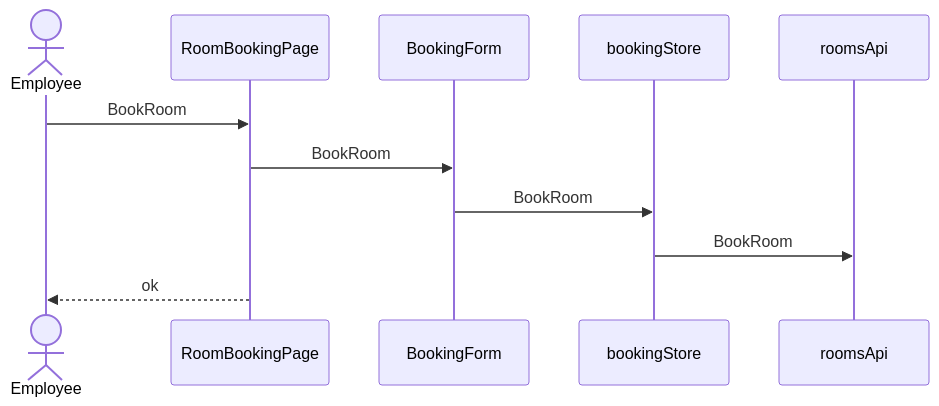
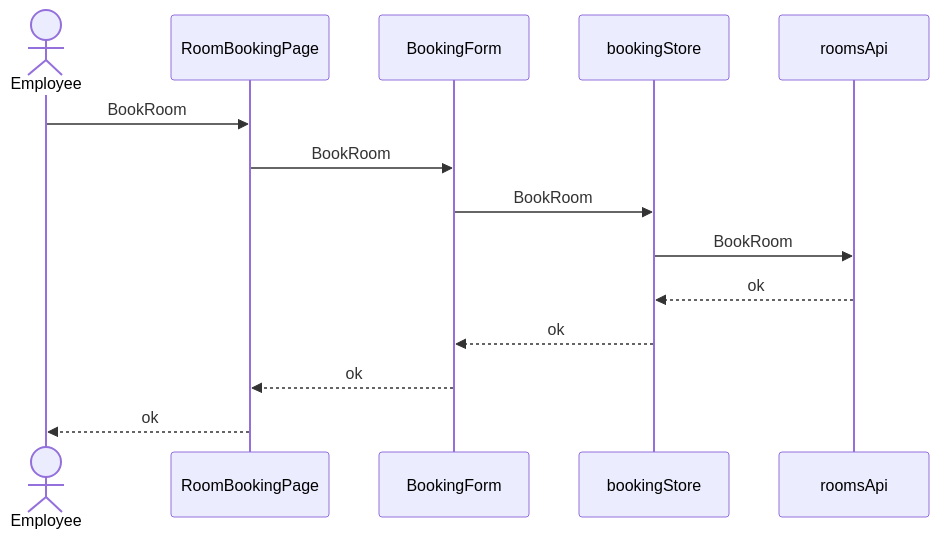
The fourth of 6 diagrams in skills/spec-dev-process/examples/matrix/fe-only-zh-s2/specs/rd/room-booking/spec/30-architecture-c4.md (pin0513/AITools), drawn with Mermaid before and after one commit. The commit also changed other lines of this file and 257 other files, not shown here.

````diff
--- a/skills/spec-dev-process/examples/matrix/fe-only-zh-s2/specs/rd/room-booking/spec/30-architecture-c4.md
+++ b/skills/spec-dev-process/examples/matrix/fe-only-zh-s2/specs/rd/room-booking/spec/30-architecture-c4.md
@@ -77,13 +77,16 @@
 ```mermaid
 sequenceDiagram
   actor U as Employee
   participant CMP001 as RoomBookingPage
   participant CMP002 as BookingForm
   participant CMP005 as bookingStore
   participant CMP006 as roomsApi
   U->>CMP001: BookRoom
   CMP001->>CMP002: BookRoom
   CMP002->>CMP005: BookRoom
   CMP005->>CMP006: BookRoom
+  CMP006-->>CMP005: ok
+  CMP005-->>CMP002: ok
+  CMP002-->>CMP001: ok
   CMP001-->>U: ok
 ```
````
